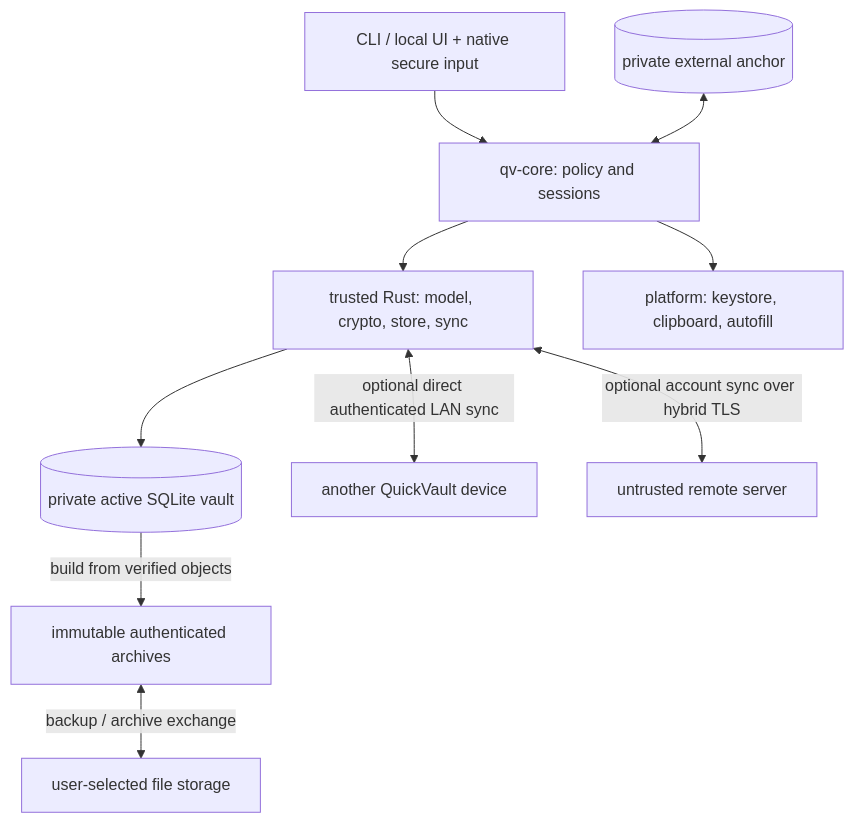
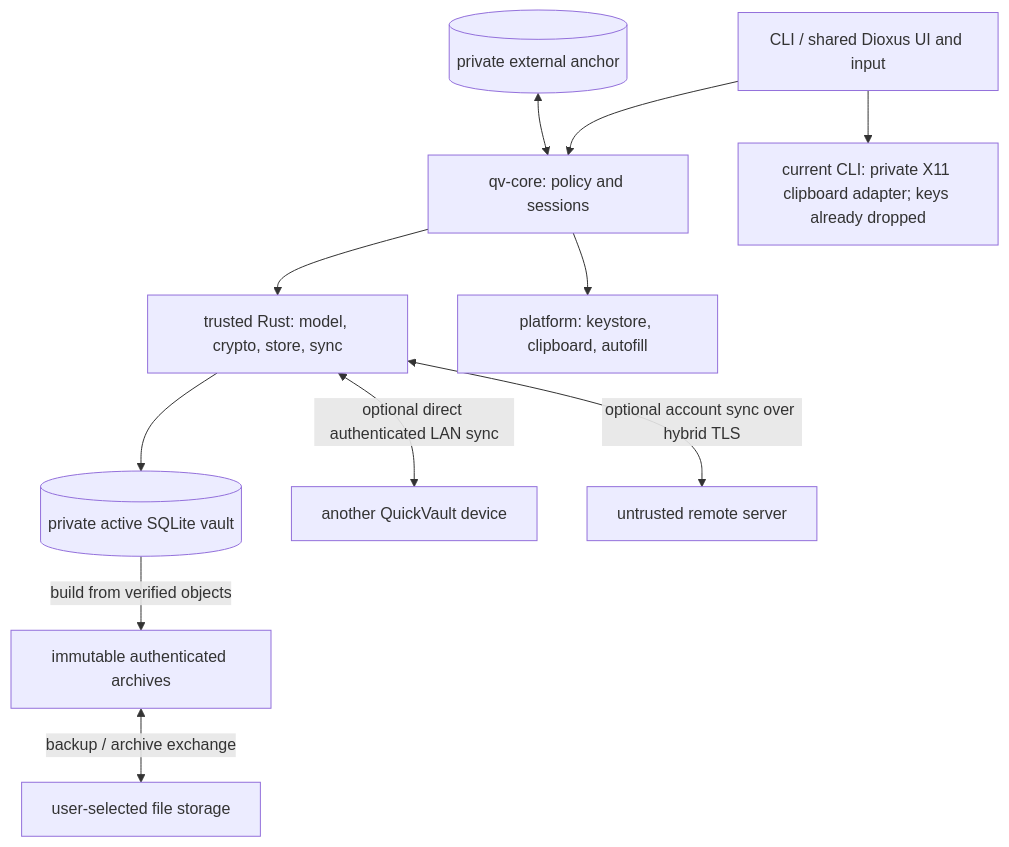
Before and after one commit to rdbo/quickvault: the diagram in ARCHITECTURE.md, drawn with Mermaid. The commit also changed other lines of this file and 159 other files, not shown here.

````diff
--- a/ARCHITECTURE.md
+++ b/ARCHITECTURE.md
@@ -131,12 +147,13 @@
 ```mermaid
 flowchart TB
-    ui["CLI / local UI + native secure input"] --> core["qv-core: policy and sessions"]
+    ui["CLI / shared Dioxus UI and input"] --> core["qv-core: policy and sessions"]
     core --> rust["trusted Rust: model, crypto, store, sync"]
     core --> platform["platform: keystore, clipboard, autofill"]
+    ui --> clip["current CLI: private X11 clipboard adapter; keys already dropped"]
     rust --> db[("private active SQLite vault")]
     db -->|"build from verified objects"| snapshot["immutable authenticated archives"]
     snapshot <-->|"backup / archive exchange"| files["user-selected file storage"]
     rust <-->|"optional direct authenticated LAN sync"| peer["another QuickVault device"]
     rust <-->|"optional account sync over hybrid TLS"| server["untrusted remote server"]
     anchor[("private external anchor")] <--> core
 ```
````
